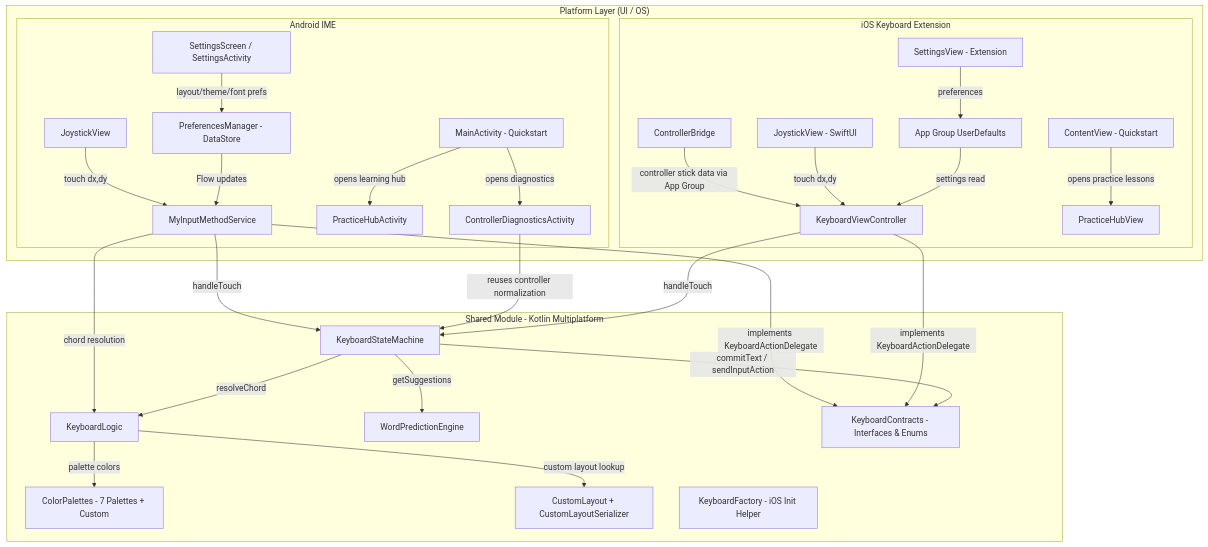
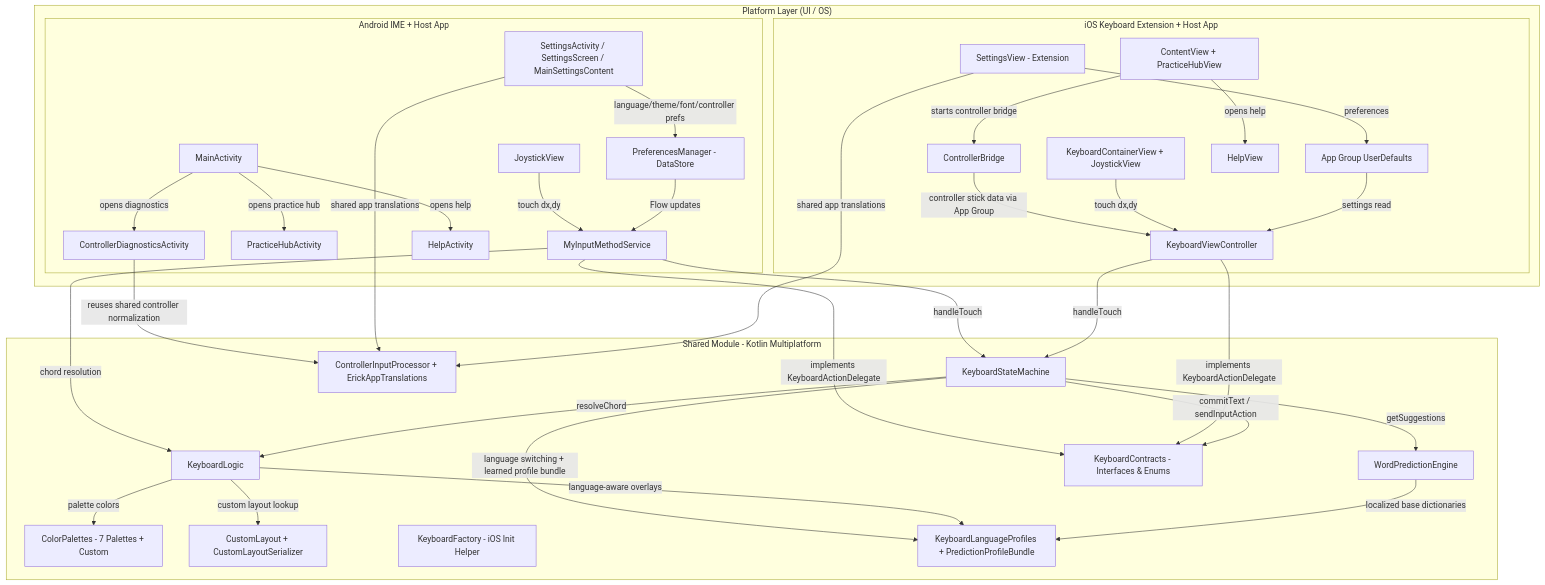
Before and after one commit to vatsalunadkat/ERICKeyboard: the first of 8 diagrams in APP_CONTEXT.md, drawn with Mermaid. The commit also changed other lines of this file and 71 other files, not shown here.

First line of the commit message:
[ERICK-140][ERICK-152][ERICK-153][ERICK-154][ERICK-155][ERICK-156][ERICK-157][ERICK-158][ERICK-159][ERICK-160] Multi-language Support with EN Fallback (#68)

````diff
--- a/APP_CONTEXT.md
+++ b/APP_CONTEXT.md
@@ -73,57 +73,67 @@
 ```mermaid
 graph TB
     subgraph Platform["Platform Layer (UI / OS)"]
-        subgraph Android["Android IME"]
+        subgraph Android["Android IME + Host App"]
             A1[MyInputMethodService]
             A2[JoystickView]
-            A3[SettingsScreen / SettingsActivity]
-            A4[MainActivity - Quickstart]
+            A3[SettingsActivity / SettingsScreen / MainSettingsContent]
+            A4[MainActivity]
             A5[PreferencesManager - DataStore]
             A6[PracticeHubActivity]
             A7[ControllerDiagnosticsActivity]
+            A8[HelpActivity]
         end
-        subgraph iOS["iOS Keyboard Extension"]
+        subgraph iOS["iOS Keyboard Extension + Host App"]
             I1[KeyboardViewController]
-            I2[JoystickView - SwiftUI]
+            I2[KeyboardContainerView + JoystickView]
             I3[SettingsView - Extension]
-            I4[ContentView - Quickstart]
+            I4[ContentView + PracticeHubView]
             I5[App Group UserDefaults]
             I6[ControllerBridge]
-            I7[PracticeHubView]
+            I7[HelpView]
         end
     end
 
     subgraph Shared["Shared Module - Kotlin Multiplatform"]
         S1[KeyboardStateMachine]
         S2[KeyboardLogic]
         S3[WordPredictionEngine]
         S4[KeyboardContracts - Interfaces & Enums]
         S5[ColorPalettes - 7 Palettes + Custom]
         S6[CustomLayout + CustomLayoutSerializer]
         S7[KeyboardFactory - iOS Init Helper]
+        S8[KeyboardLanguageProfiles + PredictionProfileBundle]
+        S9[ControllerInputProcessor + ErickAppTranslations]
     end
 
     A1 -->|implements KeyboardActionDelegate| S4
     A1 -->|handleTouch| S1
     A1 -->|chord resolution| S2
     A2 -->|touch dx,dy| A1
-    A3 -->|layout/theme/font prefs| A5
+    A3 -->|language/theme/font/controller prefs| A5
     A5 -->|Flow updates| A1
-    A4 -->|opens learning hub| A6
+    A4 -->|opens practice hub| A6
     A4 -->|opens diagnostics| A7
-    A7 -->|reuses controller normalization| S1
+    A4 -->|opens help| A8
+    A7 -->|reuses shared controller normalization| S9
 
     I1 -->|implements KeyboardActionDelegate| S4
     I1 -->|handleTouch| S1
     I6 -->|controller stick data via App Group| I1
     I2 -->|touch dx,dy| I1
     I3 -->|preferences| I5
     I5 -->|settings read| I1
-    I4 -->|opens practice lessons| I7
+    I4 -->|starts controller bridge| I6
+    I4 -->|opens help| I7
 
     S1 -->|resolveChord| S2
     S1 -->|getSuggestions| S3
     S1 -->|commitText / sendInputAction| S4
+    S1 -->|language switching + learned profile bundle| S8
     S2 -->|custom layout lookup| S6
+    S2 -->|language-aware overlays| S8
     S2 -->|palette colors| S5
+    S3 -->|localized base dictionaries| S8
+    A3 -->|shared app translations| S9
+    I3 -->|shared app translations| S9
 ```
````
